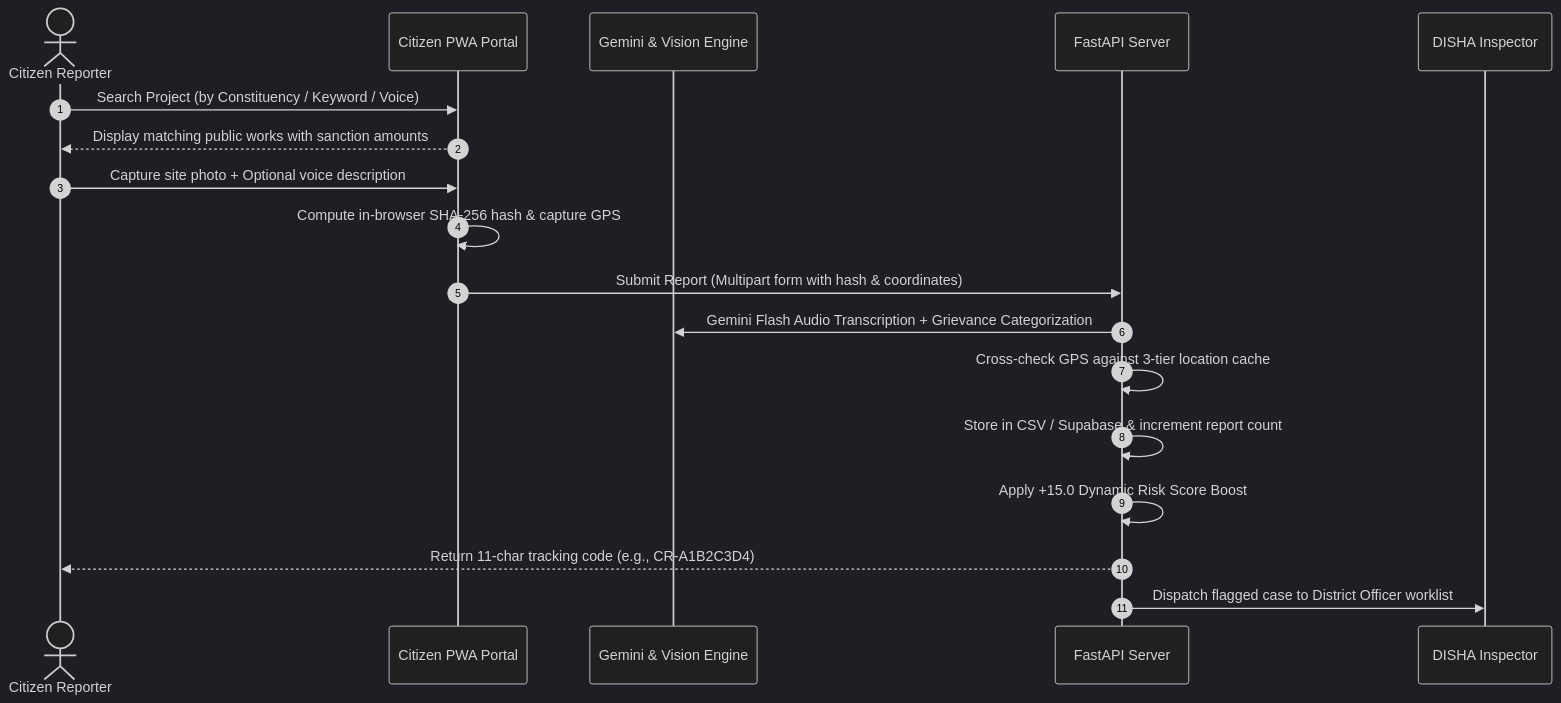
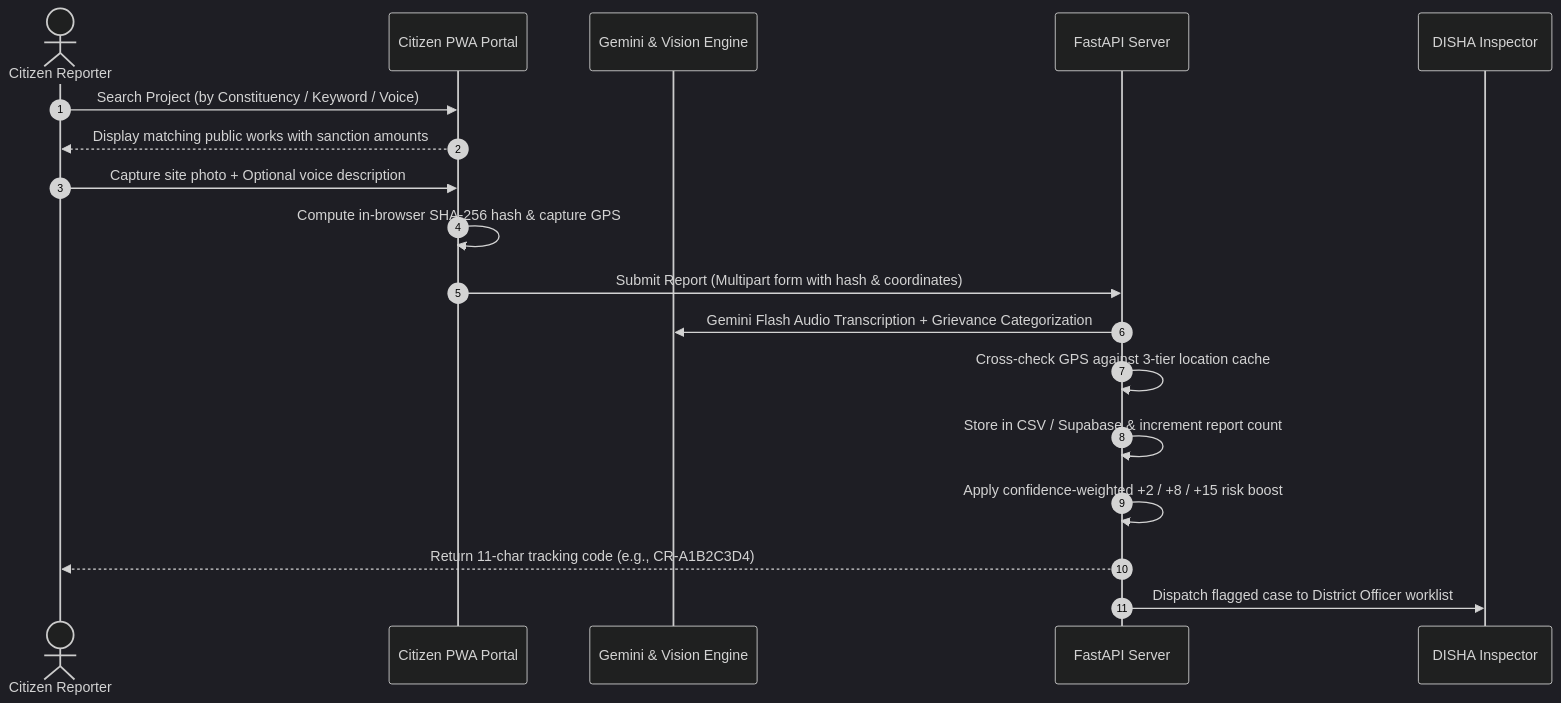
One commit to buildbysushdev/SIH26012-NEURAL-NOVA- changed the third of 4 diagrams in README.md. Above: the diagram before and after it, drawn with Mermaid (dark theme). The commit also changed other lines of this file and 48 other files, not shown here.

Commit message:
fix: harden SIH demo data flow

````diff
--- a/README.md
+++ b/README.md
@@ -115,21 +115,21 @@
 ```mermaid
 sequenceDiagram
     autonumber
     actor Citizen as Citizen Reporter
     participant Portal as Citizen PWA Portal
     participant AI as Gemini & Vision Engine
     participant Backend as FastAPI Server
     participant Officer as DISHA Inspector
 
     Citizen->>Portal: Search Project (by Constituency / Keyword / Voice)
     Portal-->>Citizen: Display matching public works with sanction amounts
     Citizen->>Portal: Capture site photo + Optional voice description
     Portal->>Portal: Compute in-browser SHA-256 hash & capture GPS
     Portal->>Backend: Submit Report (Multipart form with hash & coordinates)
     Backend->>AI: Gemini Flash Audio Transcription + Grievance Categorization
     Backend->>Backend: Cross-check GPS against 3-tier location cache
     Backend->>Backend: Store in CSV / Supabase & increment report count
-    Backend->>Backend: Apply +15.0 Dynamic Risk Score Boost
+    Backend->>Backend: Apply confidence-weighted +2 / +8 / +15 risk boost
     Backend-->>Citizen: Return 11-char tracking code (e.g., CR-A1B2C3D4)
     Backend->>Officer: Dispatch flagged case to District Officer worklist
 ```
````
